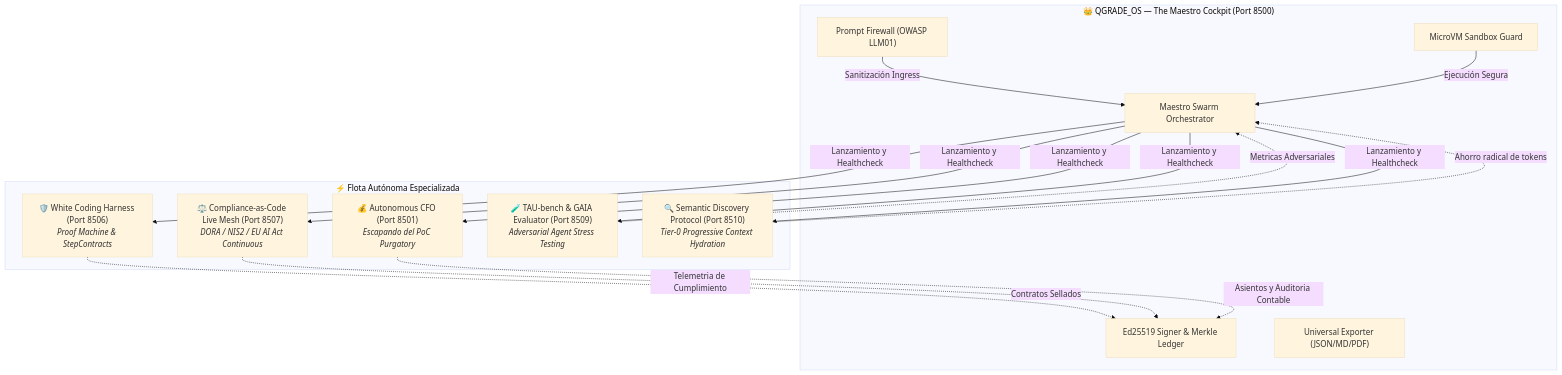
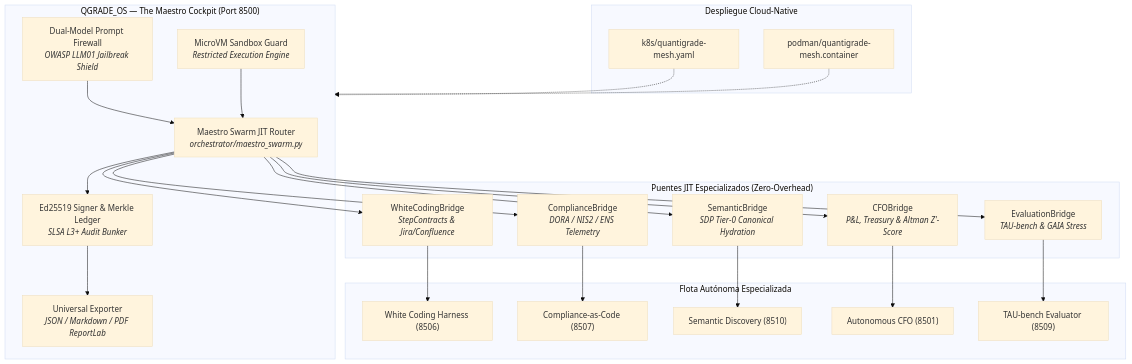
Before and after one commit to Tardigrado-76/Capgemini: the diagram in QGRADE_OS Iwan reference/README.md, drawn with Mermaid (base theme). The commit also changed other lines of this file and 1 other file, not shown here.

Commit message:
docs(qgrade): QGRADE_OS Cockpit 32/32 tests and updated MANUAL_DE_USO without emojis

````diff
--- a/QGRADE_OS Iwan reference/README.md
+++ b/QGRADE_OS Iwan reference/README.md
@@ -22,33 +22,45 @@
 ```mermaid
 graph TD
-    subgraph Cockpit ["👑 QGRADE_OS — The Maestro Cockpit (Port 8500)"]
-        MS["Maestro Swarm Orchestrator"]
-        FW["Prompt Firewall (OWASP LLM01)"]
-        SB["MicroVM Sandbox Guard"]
-        ED["Ed25519 Signer & Merkle Ledger"]
-        EX["Universal Exporter (JSON/MD/PDF)"]
-    end
+ subgraph Cockpit [" QGRADE_OS — The Maestro Cockpit (Port 8500)"]
+ MS["Maestro Swarm JIT Router<br/><i>orchestrator/maestro_swarm.py</i>"]
+ FW["Dual-Model Prompt Firewall<br/><i>OWASP LLM01 Jailbreak Shield</i>"]
+ SB["MicroVM Sandbox Guard<br/><i>Restricted Execution Engine</i>"]
+ ED["Ed25519 Signer & Merkle Ledger<br/><i>SLSA L3+ Audit Bunker</i>"]
+ EX["Universal Exporter<br/><i>JSON / Markdown / PDF ReportLab</i>"]
+ end
 
-    subgraph Microservices ["⚡ Flota Autónoma Especializada"]
-        CFO["💰 Autonomous CFO (Port 8501)<br/><i>Escapando del PoC Purgatory</i>"]
-        WCH["🛡️ White Coding Harness (Port 8506)<br/><i>Proof Machine & StepContracts</i>"]
-        CMP["⚖️ Compliance-as-Code Live Mesh (Port 8507)<br/><i>DORA / NIS2 / EU AI Act Continuous</i>"]
-        TAU["🧪 TAU-bench & GAIA Evaluator (Port 8509)<br/><i>Adversarial Agent Stress Testing</i>"]
-        SDP["🔍 Semantic Discovery Protocol (Port 8510)<br/><i>Tier-0 Progressive Context Hydration</i>"]
-    end
+ subgraph Bridges [" Puentes JIT Especializados (Zero-Overhead)"]
+ B_WCH["WhiteCodingBridge<br/><i>StepContracts & Jira/Confluence</i>"]
+ B_CMP["ComplianceBridge<br/><i>DORA / NIS2 / ENS Telemetry</i>"]
+ B_SDP["SemanticBridge<br/><i>SDP Tier-0 Canonical Hydration</i>"]
+ B_CFO["CFOBridge<br/><i>P&L, Treasury & Altman Z'-Score</i>"]
+ B_TAU["EvaluationBridge<br/><i>TAU-bench & GAIA Stress</i>"]
+ end
 
-    MS -->|Lanzamiento y Healthcheck| CFO
-    MS -->|Lanzamiento y Healthcheck| WCH
-    MS -->|Lanzamiento y Healthcheck| CMP
-    MS -->|Lanzamiento y Healthcheck| TAU
-    MS -->|Lanzamiento y Healthcheck| SDP
+ subgraph Satellites [" Flota Autónoma Especializada"]
+ WCH[" White Coding Harness (8506)"]
+ CMP[" Compliance-as-Code (8507)"]
+ SDP[" Semantic Discovery (8510)"]
+ CFO[" Autonomous CFO (8501)"]
+ TAU[" TAU-bench Evaluator (8509)"]
+ end
 
-    WCH -.->|Contratos Sellados| ED
-    CMP -.->|Telemetria de Cumplimiento| ED
-    SDP -.->|Ahorro radical de tokens| MS
-    TAU -.->|Metricas Adversariales| MS
-    CFO -.->|Asientos y Auditoria Contable| ED
+ subgraph Infra [" Despliegue Cloud-Native"]
+ K8S["k8s/quantigrade-mesh.yaml"]
+ POD["podman/quantigrade-mesh.container"]
+ end
 
-    FW -->|Sanitización Ingress| MS
-    SB -->|Ejecución Segura| MS
+ FW --> MS
+ SB --> MS
+ MS --> ED
+ ED --> EX
+
+ MS --> B_WCH --> WCH
+ MS --> B_CMP --> CMP
+ MS --> B_SDP --> SDP
+ MS --> B_CFO --> CFO
+ MS --> B_TAU --> TAU
+
+ K8S -.-> Cockpit
+ POD -.-> Cockpit
 ```
````
